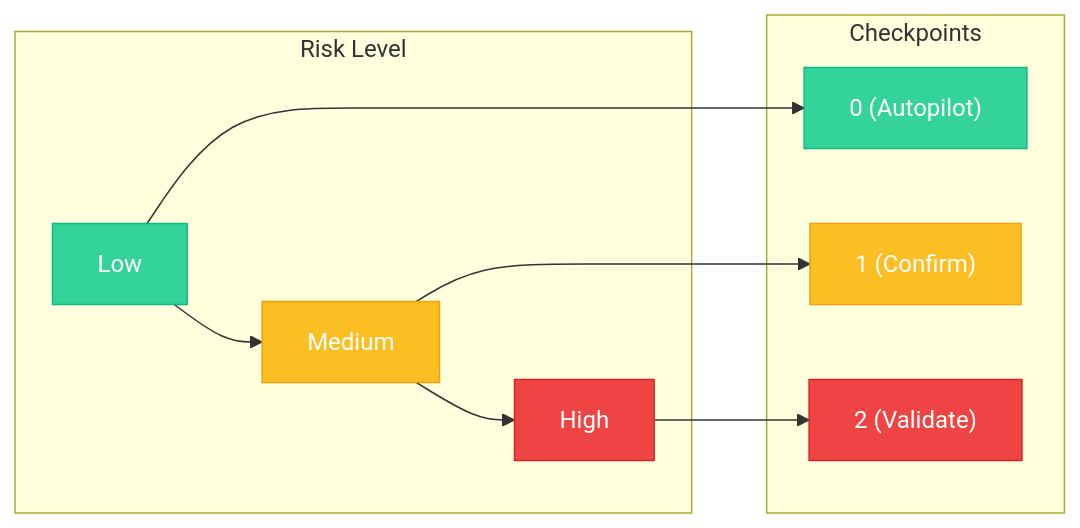
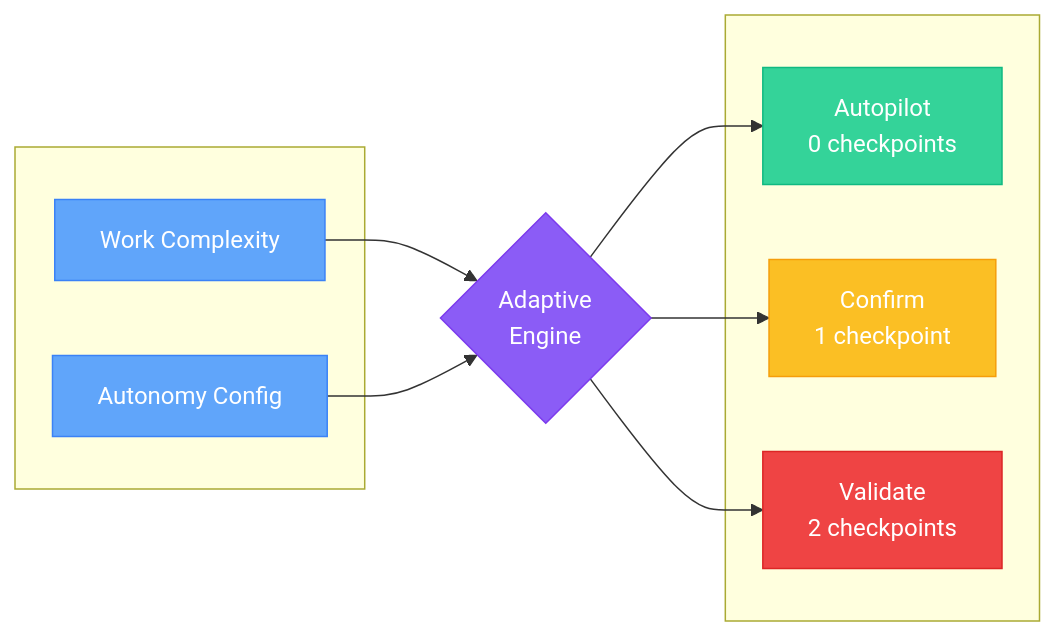
The first of 2 diagrams in docs.specs.md/fire-flow/execution-modes.mdx (fabriqaai/specs.md), drawn with Mermaid before and after one commit. The commit also changed other lines of this file, not shown here.

First line of the commit message:
docs: redesign FIRE execution modes diagrams for clarity

````diff
--- a/docs.specs.md/fire-flow/execution-modes.mdx
+++ b/docs.specs.md/fire-flow/execution-modes.mdx
@@ -19,19 +19,28 @@
 ```mermaid
-graph LR
-    subgraph "Risk Level"
-        L[Low] --> M[Medium] --> H[High]
+flowchart LR
+    subgraph Inputs[" "]
+        WC[Work Complexity]
+        AC[Autonomy Config]
     end
 
-    subgraph "Checkpoints"
-        L --> A["0 (Autopilot)"]
-        M --> C["1 (Confirm)"]
-        H --> V["2 (Validate)"]
+    E{Adaptive<br/>Engine}
+
+    subgraph Modes[" "]
+        AP[Autopilot<br/>0 checkpoints]
+        CO[Confirm<br/>1 checkpoint]
+        VA[Validate<br/>2 checkpoints]
     end
 
-    style L fill:#34D399,stroke:#10B981,color:#fff
-    style M fill:#FBBF24,stroke:#F59E0B,color:#fff
-    style H fill:#EF4444,stroke:#DC2626,color:#fff
-    style A fill:#34D399,stroke:#10B981,color:#fff
-    style C fill:#FBBF24,stroke:#F59E0B,color:#fff
-    style V fill:#EF4444,stroke:#DC2626,color:#fff
+    WC --> E
+    AC --> E
+    E --> AP
+    E --> CO
+    E --> VA
+
+    style WC fill:#60A5FA,stroke:#3B82F6,color:#fff
+    style AC fill:#60A5FA,stroke:#3B82F6,color:#fff
+    style E fill:#8B5CF6,stroke:#7C3AED,color:#fff
+    style AP fill:#34D399,stroke:#10B981,color:#fff
+    style CO fill:#FBBF24,stroke:#F59E0B,color:#fff
+    style VA fill:#EF4444,stroke:#DC2626,color:#fff
 ```
````
